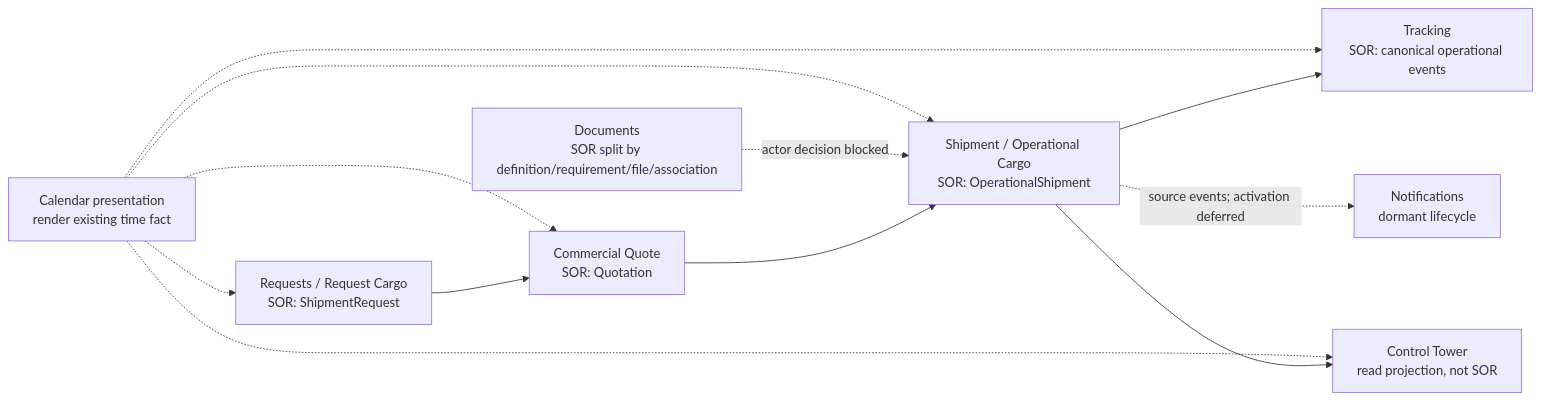
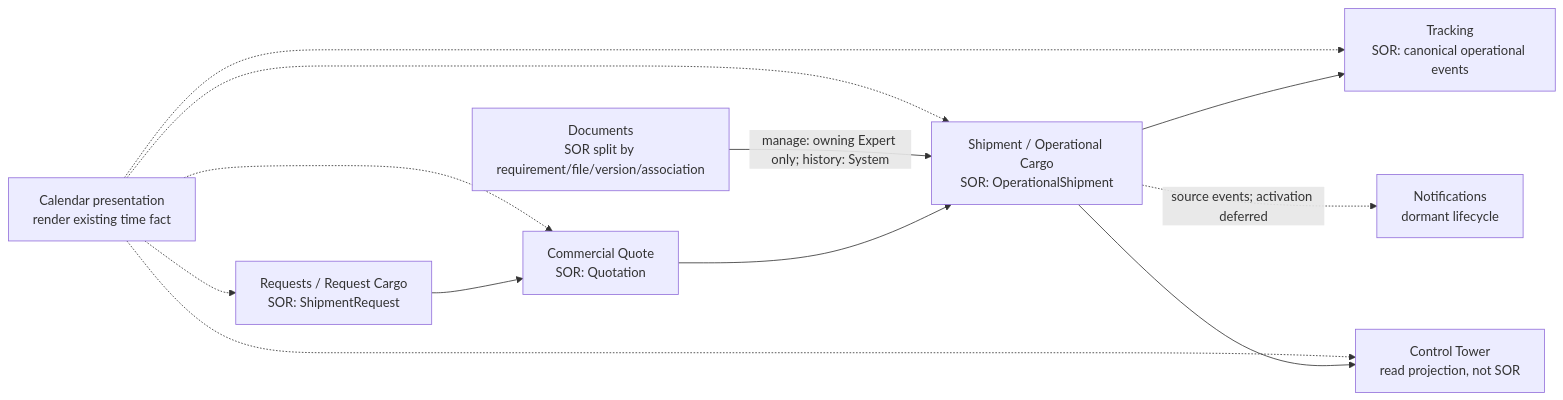
The eighth of 8 diagrams in docs/operational/FDM-001-forwarder-domain-map.md (behtashnoori/forwarder), drawn with Mermaid before and after one commit. The commit also changed other lines of this file and 12 other files, not shown here.

Commit message:
docs(documents): reconcile expert-only workflow under LPAF

````diff
--- a/docs/operational/FDM-001-forwarder-domain-map.md
+++ b/docs/operational/FDM-001-forwarder-domain-map.md
@@ -124,10 +124,10 @@
 ```mermaid
 flowchart LR
   R["Requests / Request Cargo\nSOR: ShipmentRequest"] --> C["Commercial Quote\nSOR: Quotation"]
   C --> S["Shipment / Operational Cargo\nSOR: OperationalShipment"]
   S --> T["Tracking\nSOR: canonical operational events"]
   S --> CT["Control Tower\nread projection, not SOR"]
   S -. "source events; activation deferred" .-> N["Notifications\ndormant lifecycle"]
-  D["Documents\nSOR split by definition/requirement/file/association"] -. "actor decision blocked" .-> S
+  D["Documents\nSOR split by requirement/file/version/association"] -->|"manage: owning Expert only; history: System"| S
   Cal["Calendar presentation\nrender existing time fact"] -.-> R & C & S & T & CT
 ```
````
